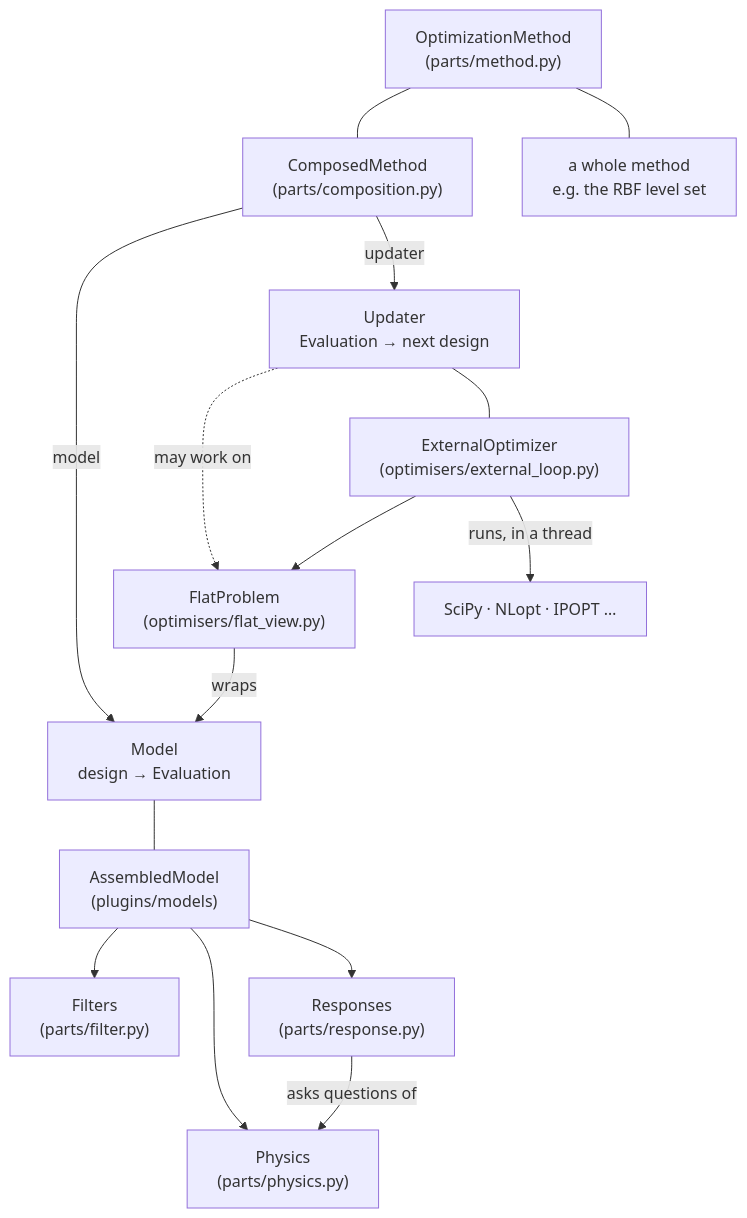
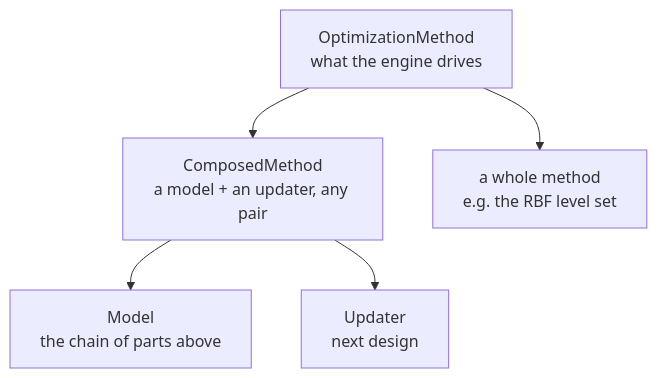
Before and after one commit to Toporia/Toporia-launcher: the fourth of 6 diagrams in toporia/framework/README.md, drawn with Mermaid. The commit also changed other lines of this file and 48 other files, not shown here.

````diff
--- a/toporia/framework/README.md
+++ b/toporia/framework/README.md
@@ -138,30 +133,12 @@
 ```mermaid
 flowchart TB
-    OM["OptimizationMethod<br/>(parts/method.py)"]
-    CM["ComposedMethod<br/>(parts/composition.py)"]
-    WM["a whole method<br/>e.g. the RBF level set"]
-    M["Model<br/>design → Evaluation"]
-    U["Updater<br/>Evaluation → next design"]
-    AM["AssembledModel<br/>(plugins/models)"]
-    F["Filters<br/>(parts/filter.py)"]
-    P["Physics<br/>(parts/physics.py)"]
-    R["Responses<br/>(parts/response.py)"]
-    FP["FlatProblem<br/>(optimisers/flat_view.py)"]
-    EO["ExternalOptimizer<br/>(optimisers/external_loop.py)"]
-    LIB["SciPy · NLopt · IPOPT …"]
-
-    OM --- CM
-    OM --- WM
-    CM -- "model" --> M
-    CM -- "updater" --> U
-    M --- AM
-    AM --> F
-    AM --> P
-    AM --> R
-    R -- "asks questions of" --> P
-    U -. "may work on" .-> FP
-    U --- EO
-    EO --> FP
-    EO -- "runs, in a thread" --> LIB
-    FP -- "wraps" --> M
+    om["OptimizationMethod<br/>what the engine drives"]
+    cm["ComposedMethod<br/>a model + an updater, any pair"]
+    whole["a whole method<br/>e.g. the RBF level set"]
+    model["Model<br/>the chain of parts above"]
+    updater["Updater<br/>next design"]
+    om --> cm
+    om --> whole
+    cm --> model
+    cm --> updater
 ```
````
